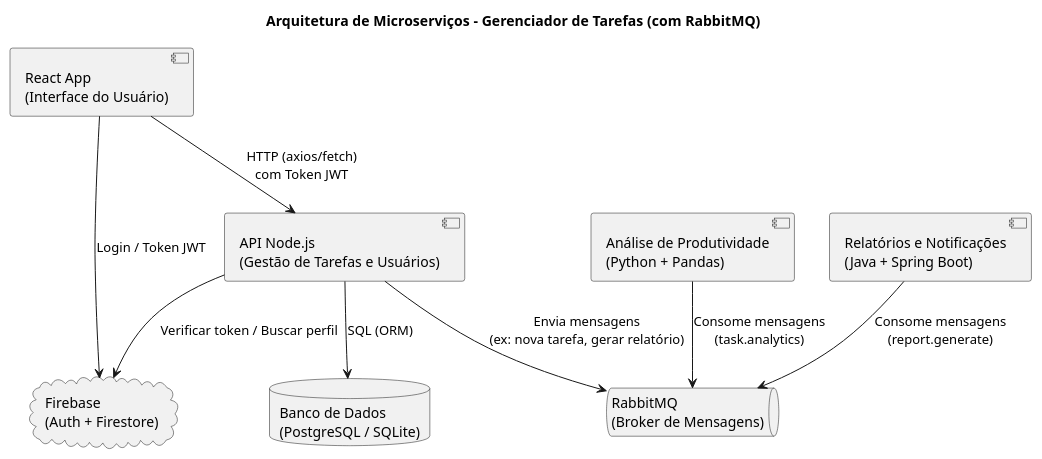
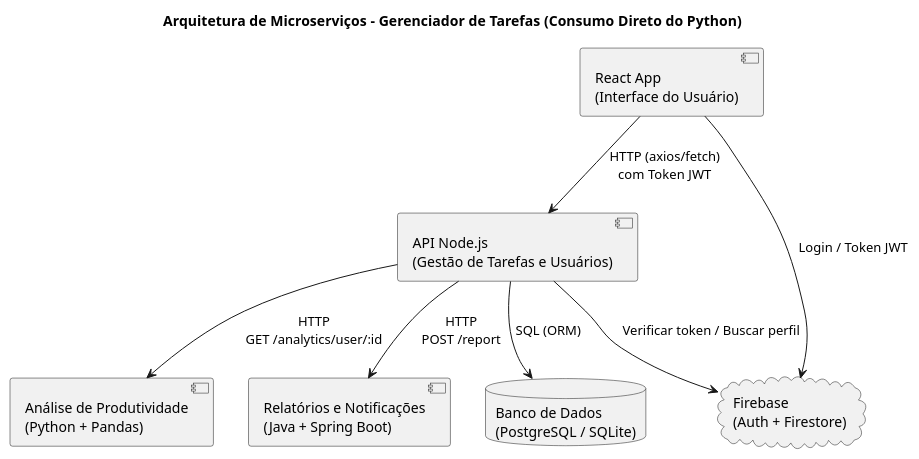
The diagram in doc/Diagram/evolution.puml (leonardorsolar/challenge-task-management), drawn with PlantUML before and after one commit. The commit also changed 3 other files, not shown here.

Commit message:
doc: evolution architecture v2

```diff
--- a/doc/Diagram/evolution.puml
+++ b/doc/Diagram/evolution.puml
@@ -1,34 +1,28 @@
 @startuml
-title Arquitetura de Microserviços - Gerenciador de Tarefas (com RabbitMQ)
+title Arquitetura de Microserviços - Gerenciador de Tarefas (Consumo Direto do Python)
 
 ' Frontend
 component "React App\n(Interface do Usuário)" as Frontend
 
 ' Backend principal
 component "API Node.js\n(Gestão de Tarefas e Usuários)" as NodeAPI
 
 ' Microserviços
 component "Análise de Produtividade\n(Python + Pandas)" as PythonService
 component "Relatórios e Notificações\n(Java + Spring Boot)" as JavaService
 
 ' Banco de dados
 database "Banco de Dados\n(PostgreSQL / SQLite)" as DB
 
 ' Firebase
 cloud "Firebase\n(Auth + Firestore)" as Firebase
 
-' RabbitMQ
-queue "RabbitMQ\n(Broker de Mensagens)" as MQ
-
 ' Relações
 Frontend --> Firebase : Login / Token JWT
 Frontend --> NodeAPI : HTTP (axios/fetch)\ncom Token JWT
 NodeAPI --> Firebase : Verificar token / Buscar perfil
 NodeAPI --> DB : SQL (ORM)
-
-' Com RabbitMQ
-NodeAPI --> MQ : Envia mensagens\n(ex: nova tarefa, gerar relatório)
-PythonService --> MQ : Consome mensagens\n(task.analytics)
-JavaService --> MQ : Consome mensagens\n(report.generate)
+NodeAPI --> PythonService : HTTP\nGET /analytics/user/:id
+NodeAPI --> JavaService : HTTP\nPOST /report
 
 @enduml
```
